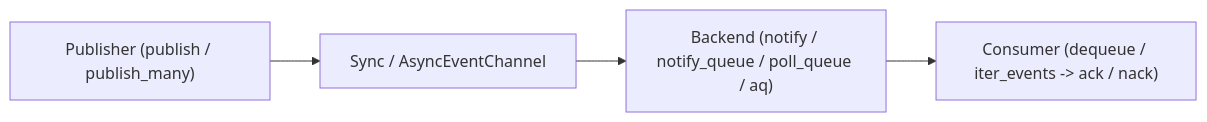
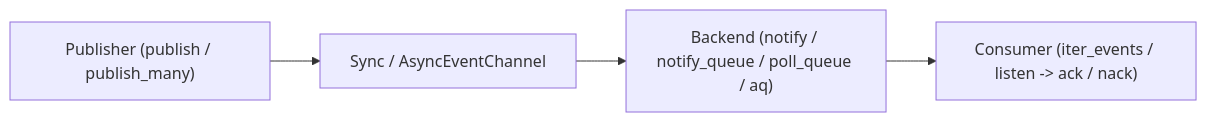
One commit to litestar-org/sqlspec changed the diagram in docs/integrations/events.md. Above: the diagram before and after it, drawn with Mermaid. The commit also changed other lines of this file and 249 other files, not shown here.

````diff
--- a/docs/integrations/events.md
+++ b/docs/integrations/events.md
@@ -5,6 +5,6 @@
 ```mermaid
 flowchart LR
     Pub["Publisher (publish / publish_many)"] --> Channel["Sync / AsyncEventChannel"]
     Channel --> Backend["Backend (notify / notify_queue / poll_queue / aq)"]
-    Backend --> Consumer["Consumer (dequeue / iter_events -> ack / nack)"]
+    Backend --> Consumer["Consumer (iter_events / listen -> ack / nack)"]
 ```
````
